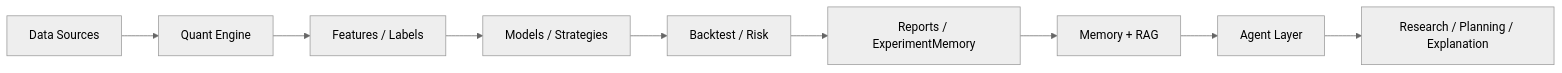
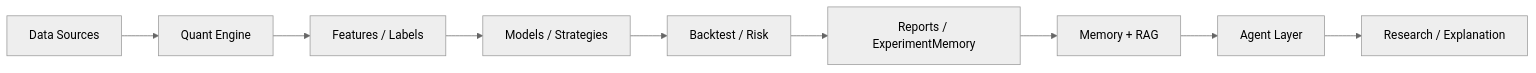
One commit to ytq0198/Quant-MAS changed the diagram in README.md. Above: the diagram before and after it, drawn with Mermaid (neutral theme). The commit also changed other lines of this file, not shown here.

````diff
--- a/README.md
+++ b/README.md
@@ -144,11 +61,11 @@
 ```mermaid
 flowchart LR
     A["Data Sources"] --> B["Quant Engine"]
     B --> C["Features / Labels"]
     C --> D["Models / Strategies"]
     D --> E["Backtest / Risk"]
     E --> F["Reports / ExperimentMemory"]
     F --> G["Memory + RAG"]
     G --> H["Agent Layer"]
-    H --> I["Research / Planning / Explanation"]
+    H --> I["Research / Explanation"]
 ```
````
